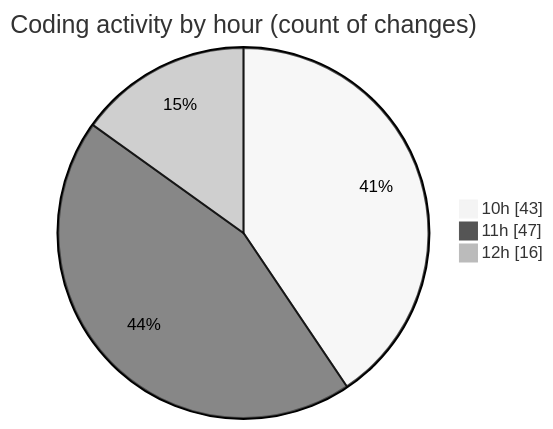
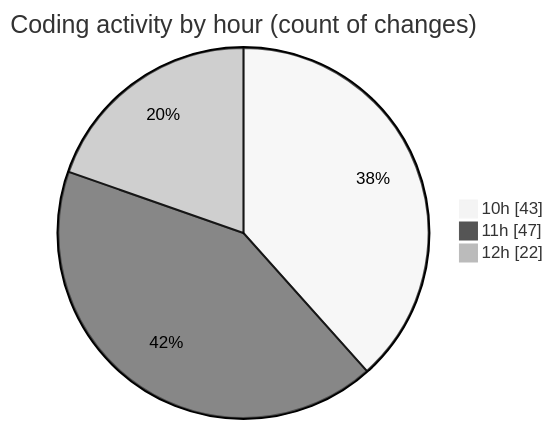
One commit to momahboobian/code-tracking changed the second of 2 diagrams in 2025-02-10/cda/README.md. Above: the diagram before and after it, drawn with Mermaid (neutral theme). The commit also changed other lines of this file and 1 other file, not shown here.

````diff
--- a/2025-02-10/cda/README.md
+++ b/2025-02-10/cda/README.md
@@ -35,7 +35,7 @@
 ```mermaid
 pie showData
 title Coding activity by hour (count of changes)
 "10h" : 43
 "11h" : 47
-"12h" : 16
+"12h" : 22
 ```
````
